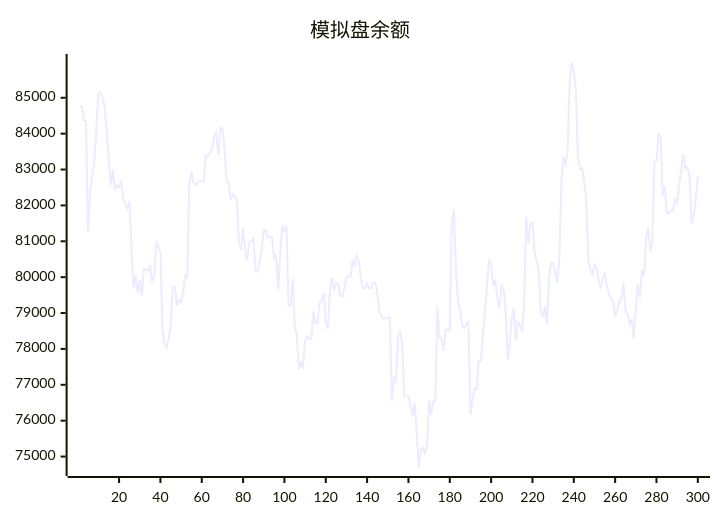
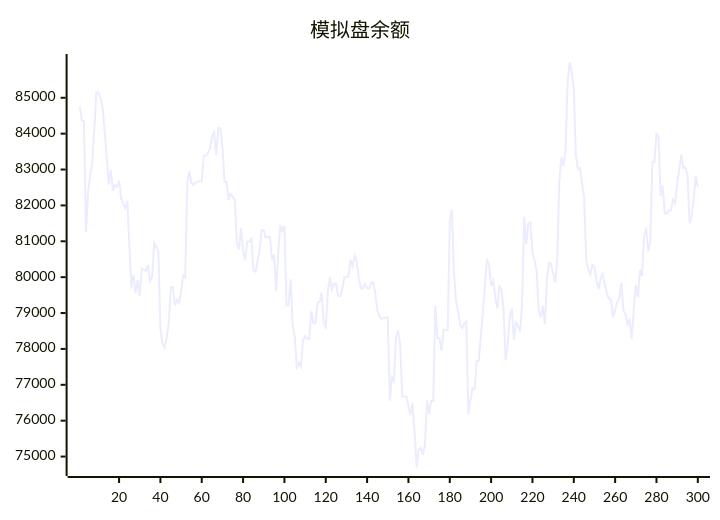
The diagram in README.md (aahl/ai-trading), drawn with Mermaid before and after one commit. The commit also changed other lines of this file and 1 other file, not shown here.

````diff
--- a/README.md
+++ b/README.md
@@ -5,5 +5,5 @@
 ```mermaid
 xychart
     title "模拟盘余额"
-    line [84757,84757,84364,84347,81254,82385,82835,83184,84099,85150,85150,85002,84751,84096,83356,82582,82983,82404,82572,82512,82688,82200,82047,81920,82125,80840,79688,80060,79552,79920,79470,80236,80208,80170,80336,79894,80006,80954,80837,80712,78561,78139,78037,78293,78682,79720,79720,79214,79372,79279,79591,80046,79993,82625,82950,82626,82571,82633,82670,82670,82681,83386,83378,83464,83579,83920,84037,83402,84160,84142,83652,82655,82655,82145,82315,82243,82163,80934,80770,81371,80742,80468,80989,80989,81067,80191,80155,80450,80737,81309,81309,81106,81119,81119,80471,80631,79624,80670,81448,81290,81429,79212,79222,79940,78643,78380,77432,77623,77504,78235,78358,78284,78277,79048,78714,78714,79290,79308,79567,78763,78563,79603,79988,79652,79813,79813,79476,79469,79673,79995,80015,80015,80486,80314,80600,80436,79966,79689,79689,79819,79692,79692,79850,79850,79518,79071,78889,78850,78850,78878,78878,76554,77202,77103,78357,78510,78106,76678,76677,76672,76411,76159,76485,75656,74695,75197,75246,75052,75334,76564,76179,76553,76551,79196,78300,78300,77944,78531,78531,78521,81564,81884,80160,79335,79055,78675,78580,78708,78764,76179,76586,76902,76876,77658,77669,78346,79023,79769,80497,80366,79761,79896,79448,79126,79749,79658,79097,77695,78114,78888,79126,78249,78738,78653,78478,79271,81680,80923,81488,81527,80681,80455,80190,79084,78879,79193,78686,79954,80403,80374,80118,79848,80491,82665,83351,83098,83525,85430,85983,85737,85221,83378,83014,83043,82613,82216,80477,80208,80081,80348,80277,79894,79670,79965,80093,79786,79542,79406,79371,78893,79087,79304,79406,79841,79072,78978,78696,78846,78272,79085,79787,79442,80198,80031,81120,81379,80718,80985,83214,83212,83993,83921,82270,82547,81776,81776,81866,81866,82158,82061,82596,83000,83408,83041,83050,82858,81503,81691,82188,82812]
+    line [84757,84364,84347,81254,82385,82835,83184,84099,85150,85150,85002,84751,84096,83356,82582,82983,82404,82572,82512,82688,82200,82047,81920,82125,80840,79688,80060,79552,79920,79470,80236,80208,80170,80336,79894,80006,80954,80837,80712,78561,78139,78037,78293,78682,79720,79720,79214,79372,79279,79591,80046,79993,82625,82950,82626,82571,82633,82670,82670,82681,83386,83378,83464,83579,83920,84037,83402,84160,84142,83652,82655,82655,82145,82315,82243,82163,80934,80770,81371,80742,80468,80989,80989,81067,80191,80155,80450,80737,81309,81309,81106,81119,81119,80471,80631,79624,80670,81448,81290,81429,79212,79222,79940,78643,78380,77432,77623,77504,78235,78358,78284,78277,79048,78714,78714,79290,79308,79567,78763,78563,79603,79988,79652,79813,79813,79476,79469,79673,79995,80015,80015,80486,80314,80600,80436,79966,79689,79689,79819,79692,79692,79850,79850,79518,79071,78889,78850,78850,78878,78878,76554,77202,77103,78357,78510,78106,76678,76677,76672,76411,76159,76485,75656,74695,75197,75246,75052,75334,76564,76179,76553,76551,79196,78300,78300,77944,78531,78531,78521,81564,81884,80160,79335,79055,78675,78580,78708,78764,76179,76586,76902,76876,77658,77669,78346,79023,79769,80497,80366,79761,79896,79448,79126,79749,79658,79097,77695,78114,78888,79126,78249,78738,78653,78478,79271,81680,80923,81488,81527,80681,80455,80190,79084,78879,79193,78686,79954,80403,80374,80118,79848,80491,82665,83351,83098,83525,85430,85983,85737,85221,83378,83014,83043,82613,82216,80477,80208,80081,80348,80277,79894,79670,79965,80093,79786,79542,79406,79371,78893,79087,79304,79406,79841,79072,78978,78696,78846,78272,79085,79787,79442,80198,80031,81120,81379,80718,80985,83214,83212,83993,83921,82270,82547,81776,81776,81866,81866,82158,82061,82596,83000,83408,83041,83050,82858,81503,81691,82188,82812,82517]
 ```
````
